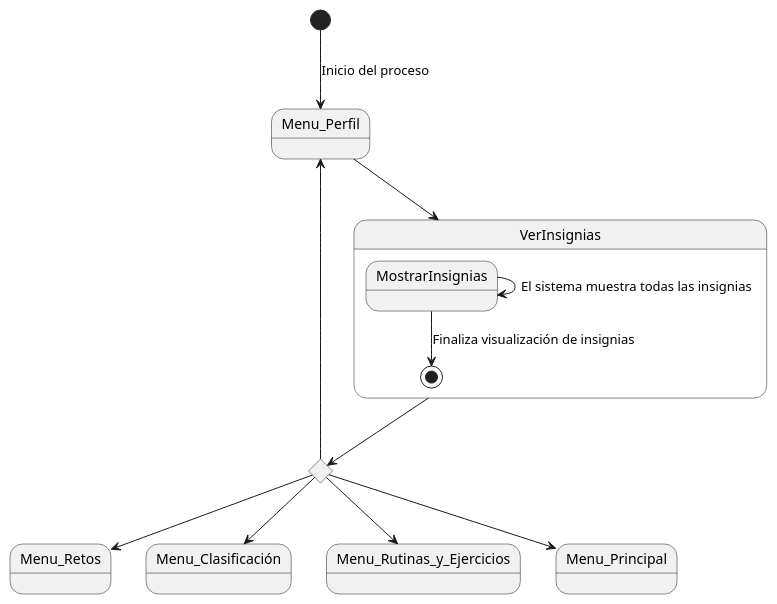
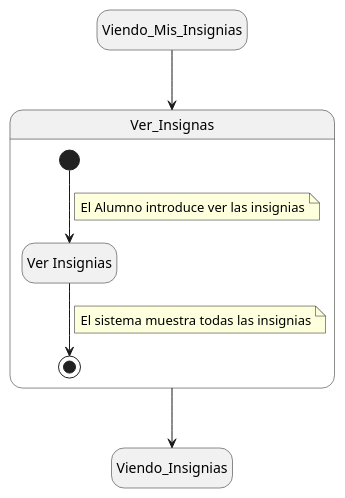
The diagram in Documentos/DetallarCasosDeUso/Alumno/VerInsignias.puml (mmasias/24-25-IdSw1-SDR), drawn with PlantUML before and after one commit.

```diff
--- a/Documentos/DetallarCasosDeUso/Alumno/VerInsignias.puml
+++ b/Documentos/DetallarCasosDeUso/Alumno/VerInsignias.puml
@@ -1,19 +1,22 @@
-@startuml
-top to bottom direction
+@startuml Ver_Insignias
 
-[*] --> Menu_Perfil : Inicio del proceso
-state rombo <<choice>>
-rombo -u-> Menu_Perfil
-rombo --> Menu_Retos
-rombo --> Menu_Clasificación
-rombo --> Menu_Rutinas_y_Ejercicios
-rombo --> Menu_Principal
+hide empty description
 
-Menu_Perfil --> VerInsignias 
-VerInsignias --> rombo
+state Viendo_Mis_Insignias
+state Viendo_Insignias
+state Ver_Insignas {
+    state VerInsignias as "Ver Insignias"
+    [*] --> VerInsignias
+    note on link
+        El Alumno introduce ver las insignias
+    end note
+    VerInsignias --> [*]
+    note on link
+        El sistema muestra todas las insignias
+    end note
+}
 
-state VerInsignias {
-  MostrarInsignias --> MostrarInsignias : El sistema muestra todas las insignias
-  MostrarInsignias --> [*] : Finaliza visualización de insignias
-}
+Viendo_Mis_Insignias --> Ver_Insignas
+Ver_Insignas --> Viendo_Insignias
+
 @enduml
```
